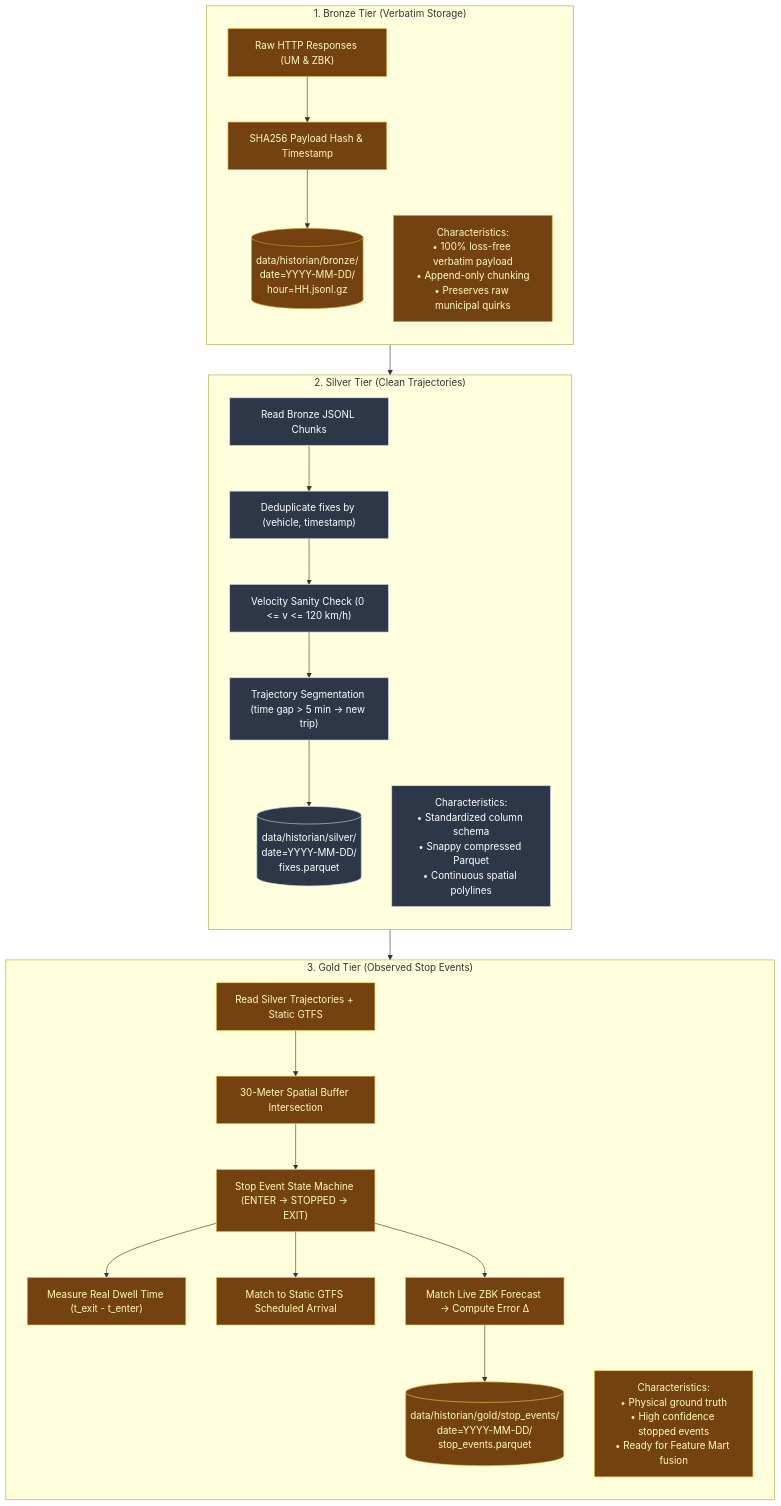
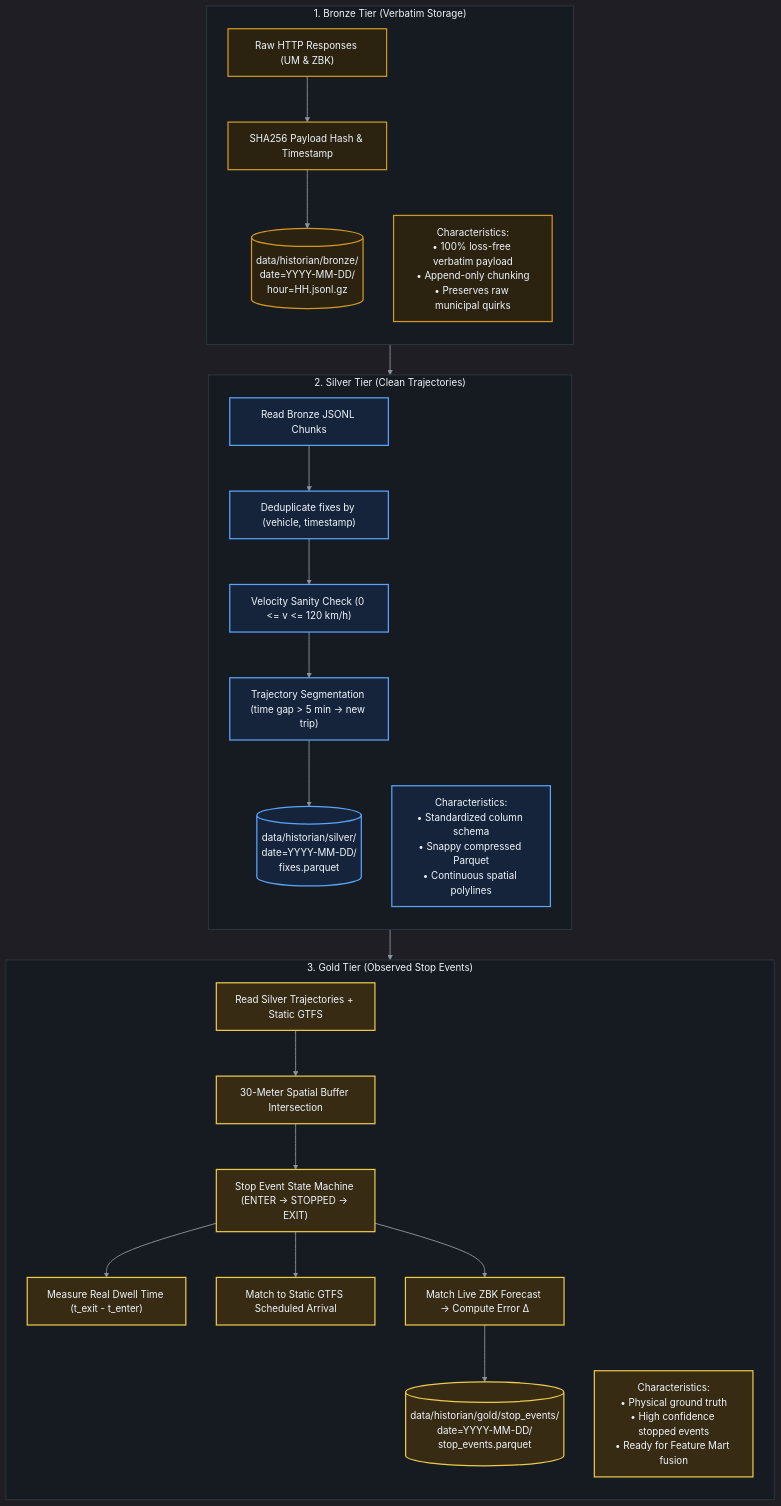
The first of 2 diagrams in architect/historian_pipeline/medallion_architecture.md (giangh14cqt/warsaw-public-transport-monitor), drawn with Mermaid before and after one commit. The commit also changed other lines of this file and 9 other files, not shown here.

First line of the commit message:
style(architect): optimize all Mermaid diagrams for GitHub dark theme readability

````diff
--- a/architect/historian_pipeline/medallion_architecture.md
+++ b/architect/historian_pipeline/medallion_architecture.md
@@ -9,41 +9,65 @@
 ```mermaid
+%%{init: {
+  'theme': 'dark',
+  'themeVariables': {
+    'darkMode': true,
+    'background': '#0d1117',
+    'mainBkg': '#161b22',
+    'primaryColor': '#1f2937',
+    'primaryTextColor': '#f0f6fc',
+    'primaryBorderColor': '#58a6ff',
+    'lineColor': '#8b949e',
+    'secondaryColor': '#161b22',
+    'tertiaryColor': '#21262d',
+    'clusterBkg': '#161b22',
+    'clusterBorder': '#30363d',
+    'edgeLabelBackground': '#161b22'
+  }
+}}%%
 flowchart TD
     subgraph BronzeTier ["1. Bronze Tier (Verbatim Storage)"]
         direction TB
         B_In["Raw HTTP Responses (UM & ZBK)"] --> B_Hash["SHA256 Payload Hash & Timestamp"]
         B_Hash --> B_Disk[("data/historian/bronze/<br/>date=YYYY-MM-DD/<br/>hour=HH.jsonl.gz")]
         B_Note["Characteristics:<br/>• 100% loss-free verbatim payload<br/>• Append-only chunking<br/>• Preserves raw municipal quirks"]
     end
 
     subgraph SilverTier ["2. Silver Tier (Clean Trajectories)"]
         direction TB
         S_Read["Read Bronze JSONL Chunks"] --> S_Dedup["Deduplicate fixes by (vehicle, timestamp)"]
         S_Dedup --> S_Filter["Velocity Sanity Check (0 <= v <= 120 km/h)"]
         S_Filter --> S_Segment["Trajectory Segmentation (time gap > 5 min -> new trip)"]
         S_Segment --> S_Disk[("data/historian/silver/<br/>date=YYYY-MM-DD/<br/>fixes.parquet")]
         S_Note["Characteristics:<br/>• Standardized column schema<br/>• Snappy compressed Parquet<br/>• Continuous spatial polylines"]
     end
 
     subgraph GoldTier ["3. Gold Tier (Observed Stop Events)"]
         direction TB
         G_Read["Read Silver Trajectories + Static GTFS"] --> G_Buffer["30-Meter Spatial Buffer Intersection"]
         G_Buffer --> G_State["Stop Event State Machine (ENTER -> STOPPED -> EXIT)"]
         G_State --> G_Dwell["Measure Real Dwell Time (t_exit - t_enter)"]
         G_State --> G_Sched["Match to Static GTFS Scheduled Arrival"]
         G_State --> G_Error["Match Live ZBK Forecast -> Compute Error Δ"]
         G_Error --> G_Disk[("data/historian/gold/stop_events/<br/>date=YYYY-MM-DD/<br/>stop_events.parquet")]
         G_Note["Characteristics:<br/>• Physical ground truth<br/>• High confidence stopped events<br/>• Ready for Feature Mart fusion"]
     end
 
     B_Disk --> S_Read
     S_Disk --> G_Read
 
-    %% Styles
-    classDef bStyle fill:#744210,stroke:#d69e2e,color:#fefcbf;
-    classDef sStyle fill:#2d3748,stroke:#cbd5e0,color:#ffffff;
-    classDef gStyle fill:#744210,stroke:#ecc94b,color:#ffffb0;
+    %% Subgraph Styling
+    style BronzeTier fill:#161b22,stroke:#30363d,stroke-width:1.5px,color:#f0f6fc
+    style SilverTier fill:#161b22,stroke:#30363d,stroke-width:1.5px,color:#f0f6fc
+    style GoldTier fill:#161b22,stroke:#30363d,stroke-width:1.5px,color:#f0f6fc
+
+    %% High-Contrast Node Styling
+    classDef bStyle fill:#2c2210,stroke:#d29922,stroke-width:2px,color:#f0f6fc;
+    classDef sStyle fill:#16243b,stroke:#58a6ff,stroke-width:2px,color:#f0f6fc;
+    classDef gStyle fill:#382b14,stroke:#ecc94b,stroke-width:2px,color:#f0f6fc;
+
+    linkStyle default stroke:#8b949e,stroke-width:1.5px;
 
     class B_In,B_Hash,B_Disk,B_Note bStyle;
     class S_Read,S_Dedup,S_Filter,S_Segment,S_Disk,S_Note sStyle;
     class G_Read,G_Buffer,G_State,G_Dwell,G_Sched,G_Error,G_Disk,G_Note gStyle;
 ```
````
